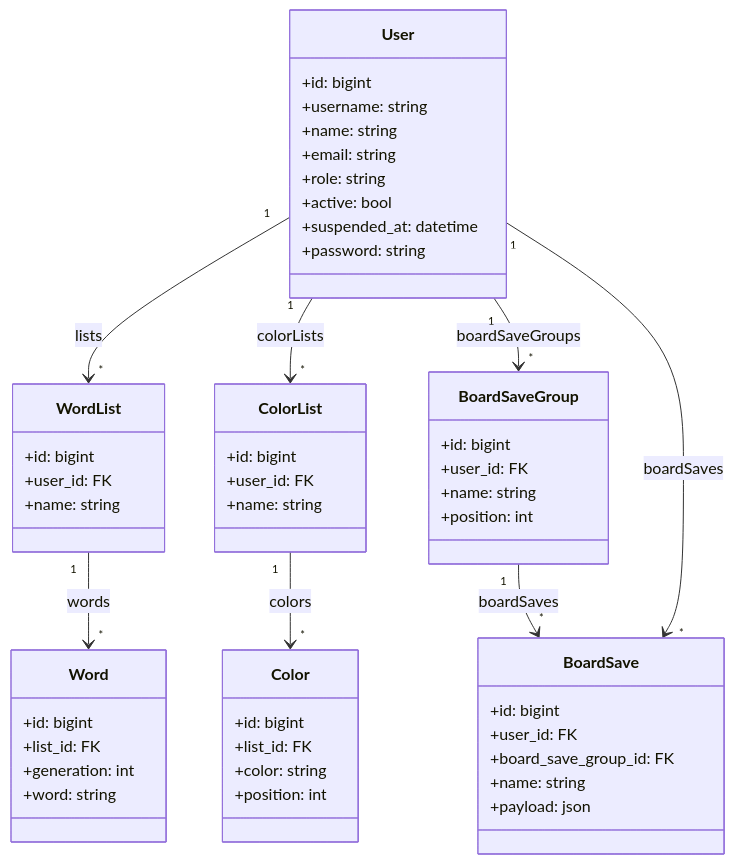
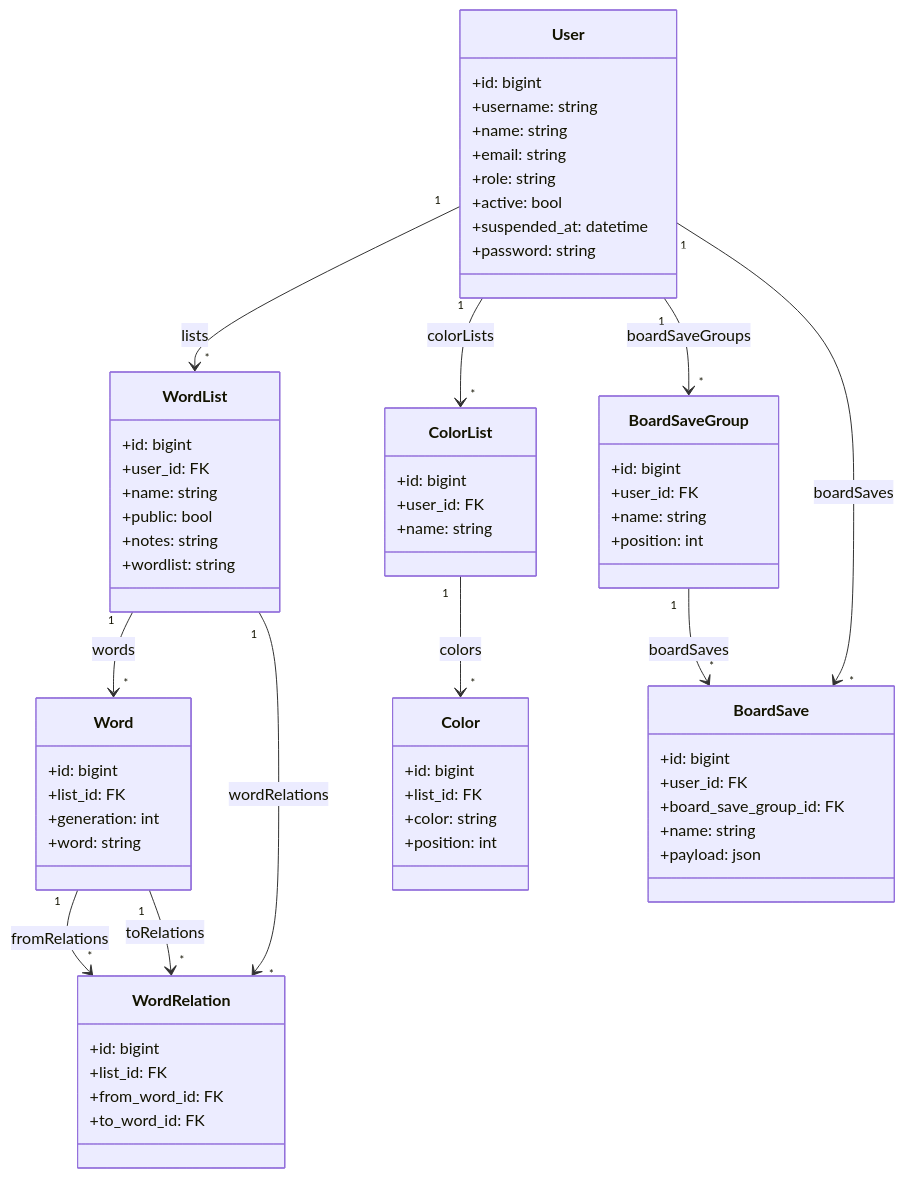
The first of 6 diagrams in docs/database-uml.md (f4mqfm/cellauto_api), drawn with Mermaid before and after one commit. The commit also changed other lines of this file and 13 other files, not shown here.

Commit message:
Wird List relation and wordlist text, and note text

````diff
--- a/docs/database-uml.md
+++ b/docs/database-uml.md
@@ -13,66 +13,79 @@
 ```mermaid
 classDiagram
     direction TB
 
     class User {
         +id: bigint
         +username: string
         +name: string
         +email: string
         +role: string
         +active: bool
         +suspended_at: datetime
         +password: string
     }
 
     class WordList {
         +id: bigint
         +user_id: FK
         +name: string
+        +public: bool
+        +notes: string
+        +wordlist: string
     }
 
     class Word {
         +id: bigint
         +list_id: FK
         +generation: int
         +word: string
+    }
+
+    class WordRelation {
+        +id: bigint
+        +list_id: FK
+        +from_word_id: FK
+        +to_word_id: FK
     }
 
     class ColorList {
         +id: bigint
         +user_id: FK
         +name: string
     }
 
     class Color {
         +id: bigint
         +list_id: FK
         +color: string
         +position: int
     }
 
     class BoardSaveGroup {
         +id: bigint
         +user_id: FK
         +name: string
         +position: int
     }
 
     class BoardSave {
         +id: bigint
         +user_id: FK
         +board_save_group_id: FK
         +name: string
         +payload: json
     }
 
     User "1" --> "*" WordList : lists
     WordList "1" --> "*" Word : words
+    WordList "1" --> "*" WordRelation : wordRelations
+    Word "1" --> "*" WordRelation : fromRelations
+    Word "1" --> "*" WordRelation : toRelations
 
     User "1" --> "*" ColorList : colorLists
     ColorList "1" --> "*" Color : colors
 
     User "1" --> "*" BoardSaveGroup : boardSaveGroups
     BoardSaveGroup "1" --> "*" BoardSave : boardSaves
     User "1" --> "*" BoardSave : boardSaves
 ```
````
